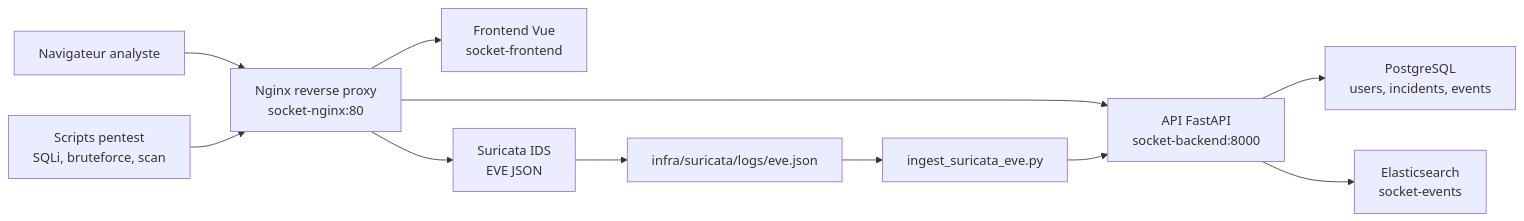
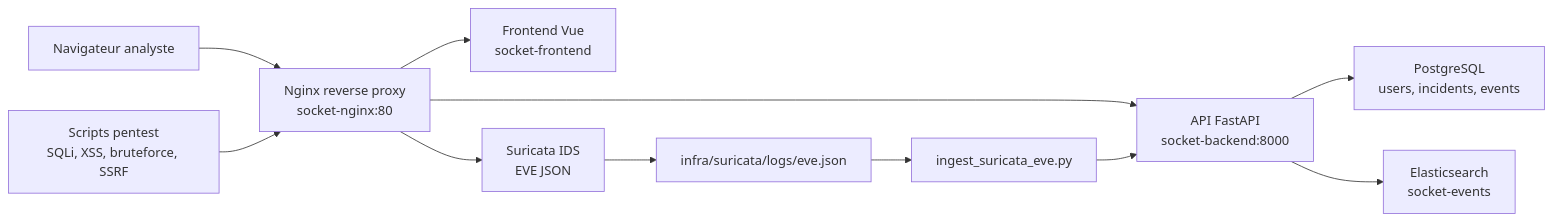
Before and after one commit to syassinehub/projet-socket-b3: the diagram in docs/architecture.md, drawn with Mermaid. The commit also changed other lines of this file and 10 other files, not shown here.

````diff
--- a/docs/architecture.md
+++ b/docs/architecture.md
@@ -14,13 +14,13 @@
 ```mermaid
 flowchart LR
     User["Navigateur analyste"] --> Proxy["Nginx reverse proxy\nsocket-nginx:80"]
     Proxy --> Web["Frontend Vue\nsocket-frontend"]
     Proxy --> Api["API FastAPI\nsocket-backend:8000"]
     Api --> Sql["PostgreSQL\nusers, incidents, events"]
     Api --> Es["Elasticsearch\nsocket-events"]
     Proxy --> Suricata["Suricata IDS\nEVE JSON"]
     Suricata --> Eve["infra/suricata/logs/eve.json"]
     Eve --> Sensor["ingest_suricata_eve.py"]
     Sensor --> Api
-    Pentest["Scripts pentest\nSQLi, bruteforce, scan"] --> Proxy
+    Pentest["Scripts pentest\nSQLi, XSS, bruteforce, SSRF"] --> Proxy
 ```
````
